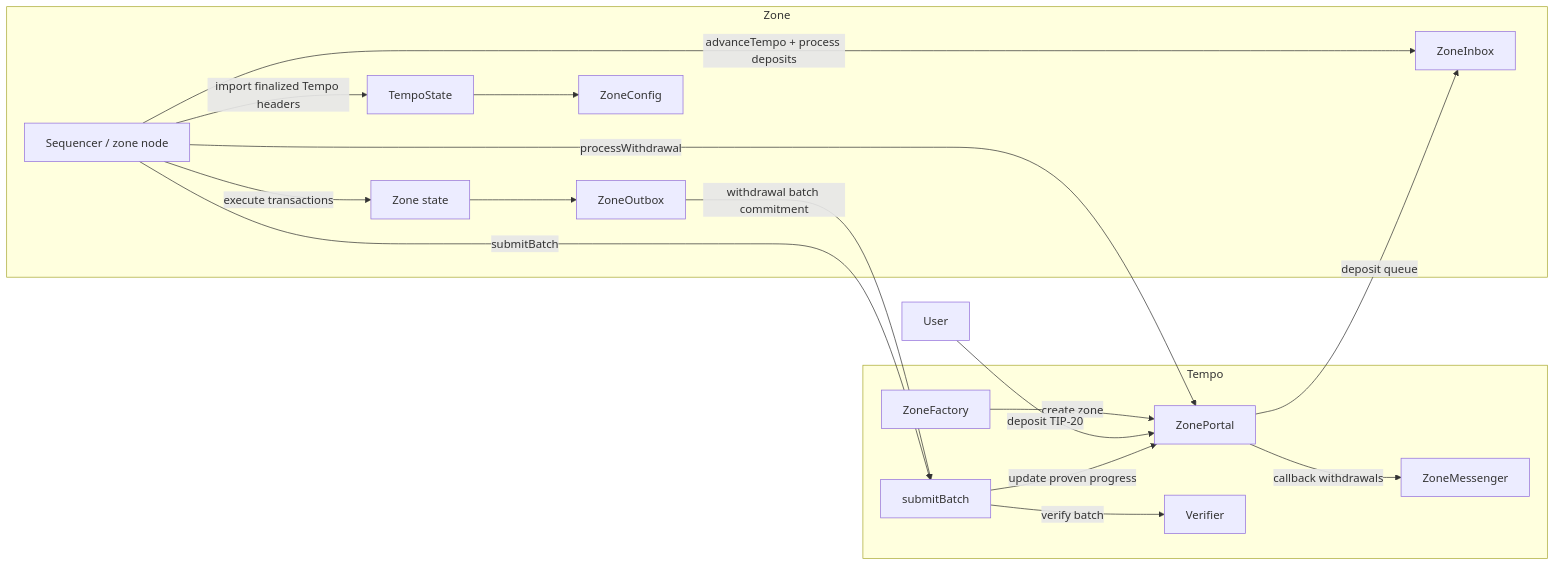
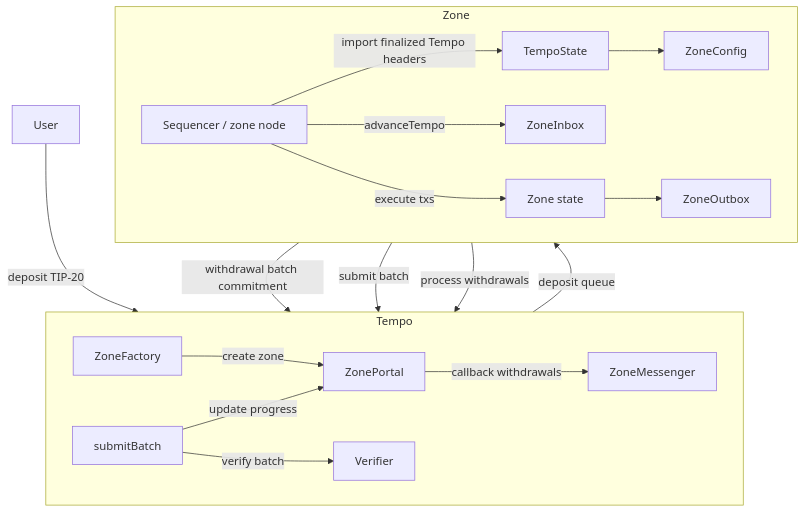
The second of 3 diagrams in docs/specs/privacy/overview.md (tempoxyz/zones), drawn with Mermaid before and after one commit.

Commit message:
docs: tidy smart contract diagram
Simplify the overview's smart-contracts diagram into compact Tempo and zone lanes so the main contract relationships are easier to read in GitHub's Mermaid renderer.

Made-with: Cursor

````diff
--- a/docs/specs/privacy/overview.md
+++ b/docs/specs/privacy/overview.md
@@ -72,36 +72,27 @@
 ```mermaid
-flowchart LR
+flowchart TB
     User["User"]
 
     subgraph Tempo["Tempo"]
-        Factory["ZoneFactory"]
-        Portal["ZonePortal"]
-        SubmitBatch["submitBatch"]
-        Messenger["ZoneMessenger"]
-        Verifier["Verifier"]
+        direction LR
+        Factory["ZoneFactory"] -->|create zone| Portal["ZonePortal"]
+        SubmitBatch["submitBatch"] -->|verify batch| Verifier["Verifier"]
+        SubmitBatch -->|update progress| Portal
+        Portal -->|callback withdrawals| Messenger["ZoneMessenger"]
     end
 
     subgraph Zone["Zone"]
-        Sequencer["Sequencer / zone node"]
-        TempoState["TempoState"]
-        Inbox["ZoneInbox"]
-        Outbox["ZoneOutbox"]
-        Config["ZoneConfig"]
-        ZoneState["Zone state"]
+        direction LR
+        TempoState["TempoState"] --> Config["ZoneConfig"]
+        Sequencer["Sequencer / zone node"] -->|advanceTempo| Inbox["ZoneInbox"]
+        Sequencer -->|execute txs| ZoneState["Zone state"]
+        ZoneState --> Outbox["ZoneOutbox"]
     end
 
-    Factory -->|create zone| Portal
     User -->|deposit TIP-20| Portal
     Portal -->|deposit queue| Inbox
     Sequencer -->|import finalized Tempo headers| TempoState
-    TempoState --> Config
-    Sequencer -->|advanceTempo + process deposits| Inbox
-    Sequencer -->|execute transactions| ZoneState
-    ZoneState --> Outbox
     Outbox -->|withdrawal batch commitment| SubmitBatch
-    Sequencer -->|submitBatch| SubmitBatch
-    SubmitBatch -->|verify batch| Verifier
-    SubmitBatch -->|update proven progress| Portal
-    Sequencer -->|processWithdrawal| Portal
-    Portal -->|callback withdrawals| Messenger
+    Sequencer -->|submit batch| SubmitBatch
+    Sequencer -->|process withdrawals| Portal
 ```
````
